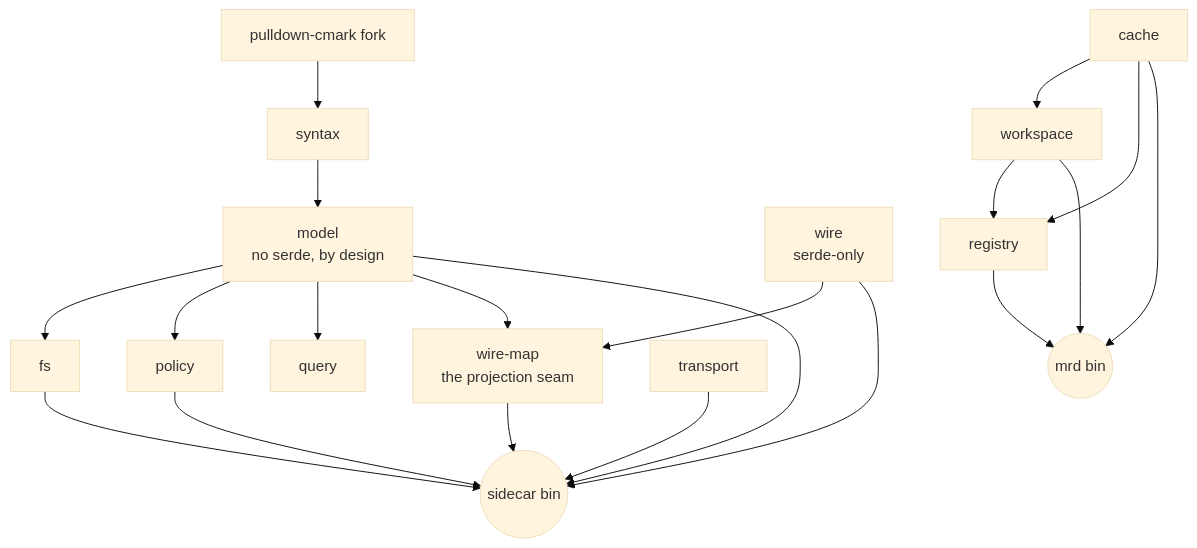
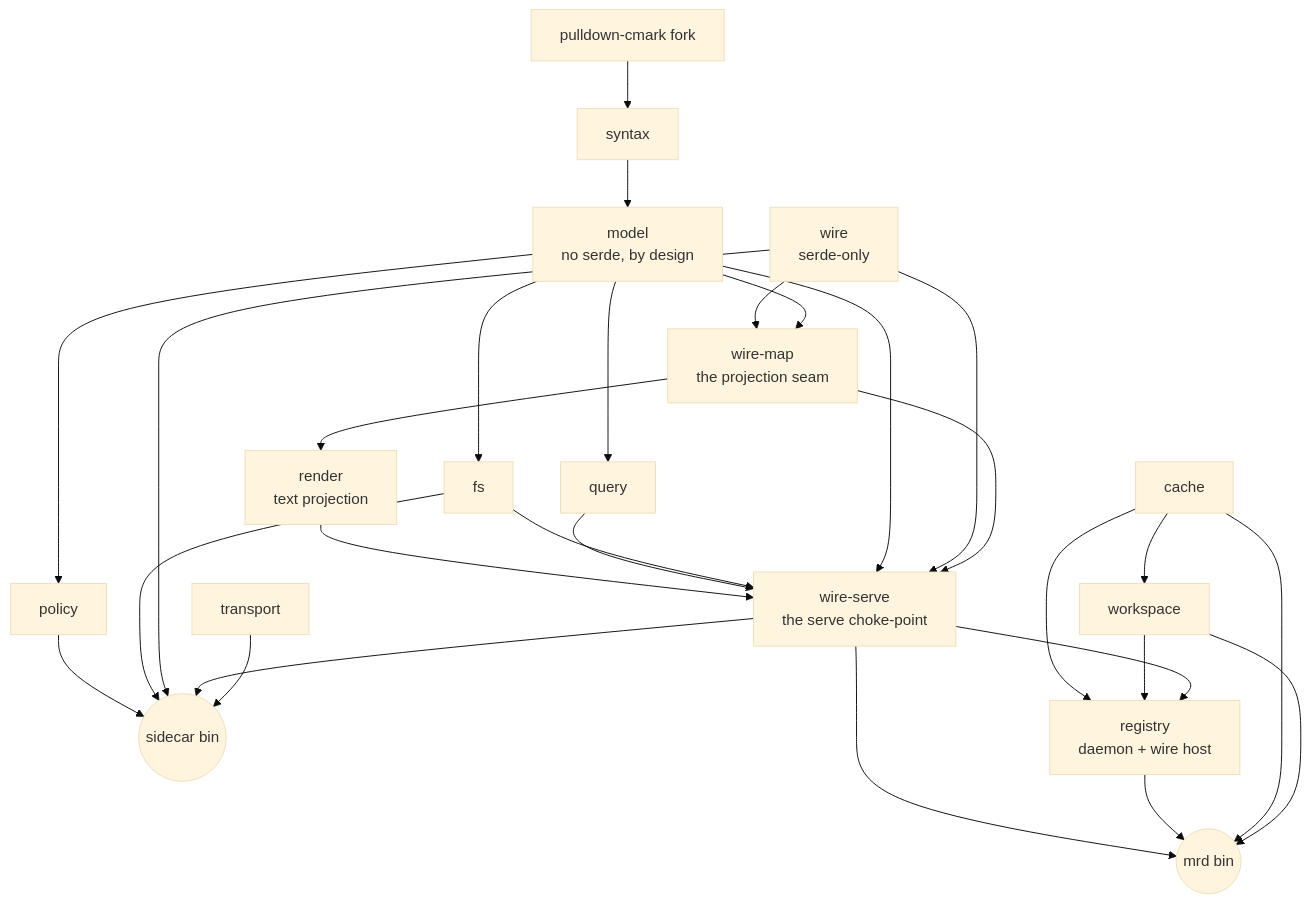
The diagram in README.md (caoer/meridian-rs), drawn with Mermaid (base theme) before and after one commit. The commit also changed other lines of this file and 3 other files, not shown here.

````diff
--- a/README.md
+++ b/README.md
@@ -48,22 +58,30 @@
 ```mermaid
 graph TD
     PD[pulldown-cmark fork] --> SYN[syntax]
     SYN --> MOD[model<br/>no serde, by design]
     MOD --> FS[fs]
     MOD --> POL[policy]
     MOD --> QRY[query]
     MOD --> WMAP[wire-map<br/>the projection seam]
     WIRE[wire<br/>serde-only] --> WMAP
+    WMAP --> RND[render<br/>text projection]
+    WMAP --> WSRV[wire-serve<br/>the serve choke-point]
+    WIRE --> WSRV
+    MOD --> WSRV
+    FS --> WSRV
+    QRY --> WSRV
+    RND --> WSRV
     TR[transport] --> SC((sidecar bin))
-    MOD --> SC
+    WSRV --> SC
+    WIRE --> SC
     FS --> SC
-    WIRE --> SC
-    WMAP --> SC
     POL --> SC
+    WSRV --> REG[registry<br/>daemon + wire host]
     CACHE[cache] --> WS[workspace]
-    WS --> REG[registry]
+    WS --> REG
     CACHE --> REG
     WS --> MRD((mrd bin))
     CACHE --> MRD
     REG --> MRD
+    WSRV --> MRD
 ```
````
